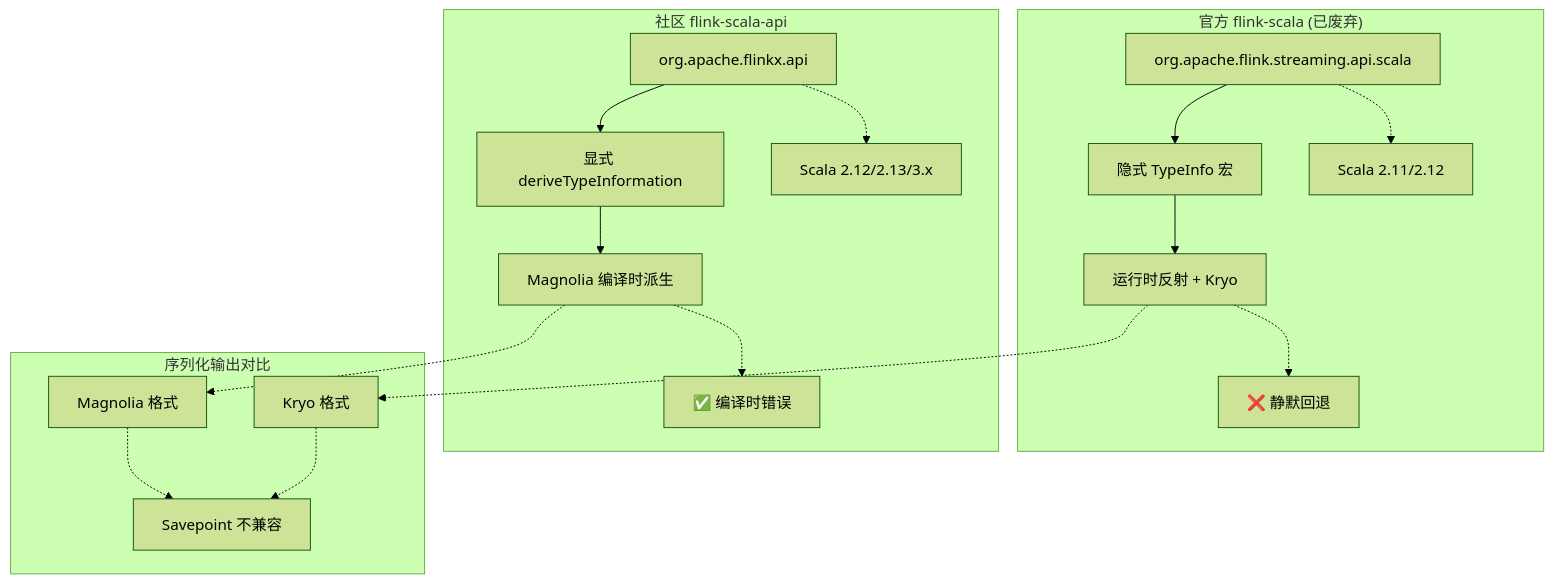
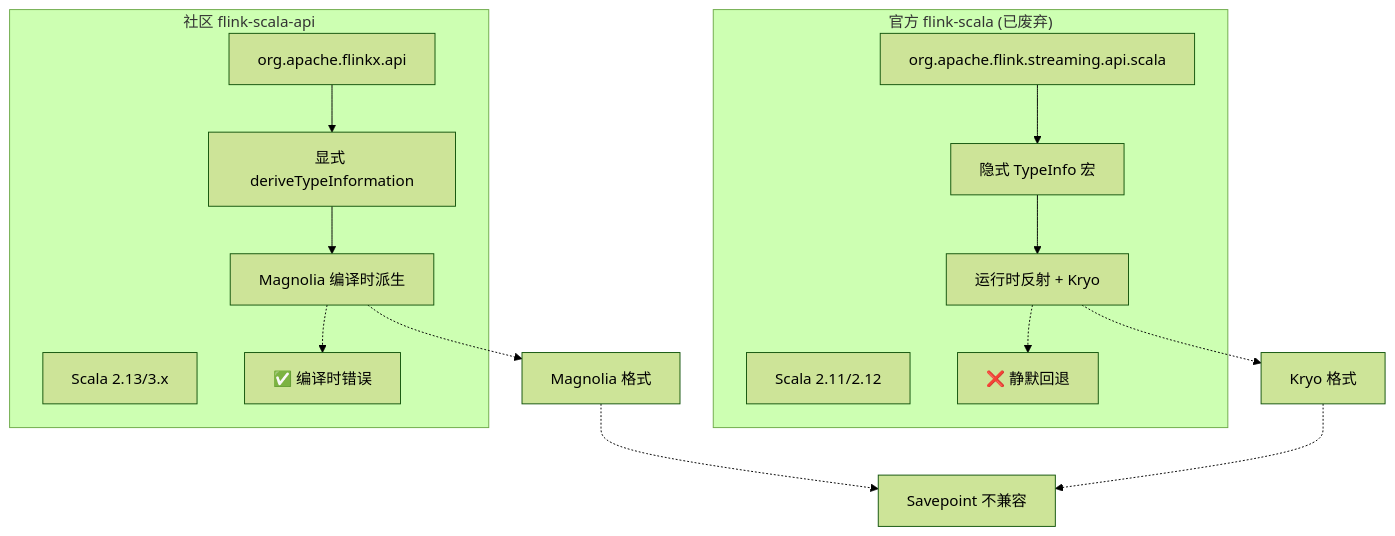
One commit to AdaMartin18010/AnalysisDataFlow changed the first of 4 diagrams in Flink/09-language-foundations/02.02-flink-scala-api-community.md. Above: the diagram before and after it, drawn with Mermaid (forest theme). The commit also changed other lines of this file and 19 other files, not shown here.

````diff
--- a/Flink/09-language-foundations/02.02-flink-scala-api-community.md
+++ b/Flink/09-language-foundations/02.02-flink-scala-api-community.md
@@ -920,39 +534,27 @@
 ```mermaid
 graph TB
     subgraph Official["官方 flink-scala (已废弃)"]
         O1["org.apache.flink.streaming.api.scala"]
         O2["隐式 TypeInfo 宏"]
         O3["运行时反射 + Kryo"]
         O4["Scala 2.11/2.12"]
         O5["❌ 静默回退"]
-
-        O1 --> O2
-        O2 --> O3
-        O1 -.-> O4
+        O1 --> O2 --> O3
         O3 -.-> O5
     end
 
     subgraph Community["社区 flink-scala-api"]
         C1["org.apache.flinkx.api"]
         C2["显式 deriveTypeInformation"]
         C3["Magnolia 编译时派生"]
-        C4["Scala 2.12/2.13/3.x"]
+        C4["Scala 2.13/3.x"]
         C5["✅ 编译时错误"]
-
-        C1 --> C2
-        C2 --> C3
-        C1 -.-> C4
+        C1 --> C2 --> C3
         C3 -.-> C5
     end
 
-    subgraph Output["序列化输出对比"]
-        S1["Kryo 格式"]
-        S2["Magnolia 格式"]
-        S3["Savepoint 不兼容"]
-
-        O3 -.-> S1
-        C3 -.-> S2
-        S1 -.-> S3
-        S2 -.-> S3
-    end
+    O3 -.-> S1["Kryo 格式"]
+    C3 -.-> S2["Magnolia 格式"]
+    S1 -.-> S3["Savepoint 不兼容"]
+    S2 -.-> S3
 ```
````
